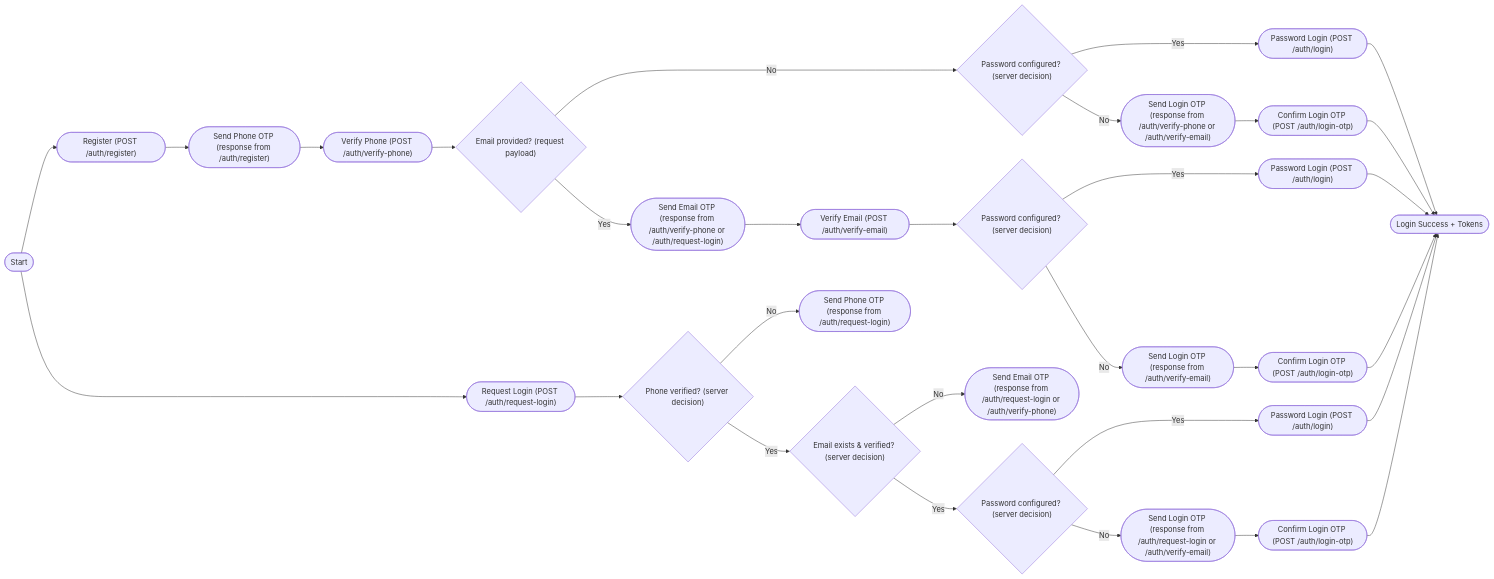
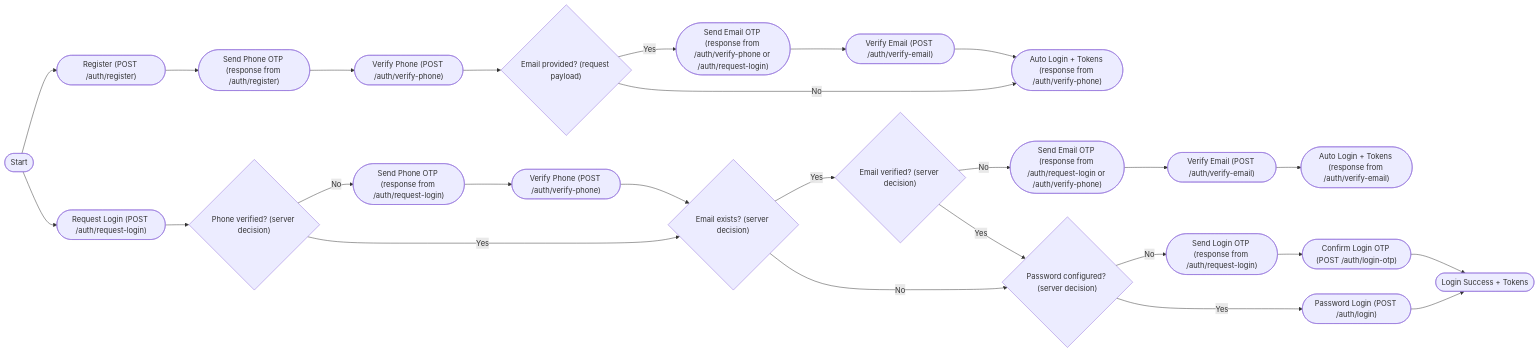
Before and after one commit to HK-Soln/biztrack-cm: the second of 2 diagrams in docs/auth-flow.md, drawn with Mermaid. The commit also changed other lines of this file and 114 other files, not shown here.

First line of the commit message:
feat(auth,invites): add staff invite flow, i18n errors, and update migration chain

````diff
--- a/docs/auth-flow.md
+++ b/docs/auth-flow.md
@@ -43,33 +81,29 @@
 ```mermaid
 flowchart LR
   start(["Start"]) --> reg(["Register (POST /auth/register)"])
   reg --> sendPhone(["Send Phone OTP (response from /auth/register)"])
   sendPhone --> verifyPhone(["Verify Phone (POST /auth/verify-phone)"])
   verifyPhone --> emailProvided{"Email provided? (request payload)"}
-  emailProvided -->|"No"| pwConfigured1{"Password configured? (server decision)"}
+  emailProvided -->|"No"| autoLogin1(["Auto Login + Tokens (response from /auth/verify-phone)"])
   emailProvided -->|"Yes"| sendEmail(["Send Email OTP (response from /auth/verify-phone or /auth/request-login)"])
   sendEmail --> verifyEmail(["Verify Email (POST /auth/verify-email)"])
-  verifyEmail --> pwConfigured2{"Password configured? (server decision)"}
-  pwConfigured1 -->|"Yes"| passwordLogin1(["Password Login (POST /auth/login)"])
-  pwConfigured1 -->|"No"| sendLoginOtp1(["Send Login OTP (response from /auth/verify-phone or /auth/verify-email)"])
-  pwConfigured2 -->|"Yes"| passwordLogin2(["Password Login (POST /auth/login)"])
-  pwConfigured2 -->|"No"| sendLoginOtp2(["Send Login OTP (response from /auth/verify-email)"])
-  sendLoginOtp1 --> verifyLoginOtp1(["Confirm Login OTP (POST /auth/login-otp)"])
-  sendLoginOtp2 --> verifyLoginOtp2(["Confirm Login OTP (POST /auth/login-otp)"])
-  passwordLogin1 --> loginSuccess(["Login Success + Tokens"])
-  passwordLogin2 --> loginSuccess
-  verifyLoginOtp1 --> loginSuccess
-  verifyLoginOtp2 --> loginSuccess
+  verifyEmail --> autoLogin1
 
   start --> requestLogin(["Request Login (POST /auth/request-login)"])
   requestLogin --> phoneVerified{"Phone verified? (server decision)"}
   phoneVerified -->|"No"| sendPhoneLogin(["Send Phone OTP (response from /auth/request-login)"])
-  phoneVerified -->|"Yes"| emailVerified{"Email exists & verified? (server decision)"}
-  emailVerified -->|"No"| sendEmailLogin(["Send Email OTP (response from /auth/request-login or /auth/verify-phone)"])
-  emailVerified -->|"Yes"| pwConfigured3{"Password configured? (server decision)"}
+  sendPhoneLogin --> verifyPhoneLogin(["Verify Phone (POST /auth/verify-phone)"])
+  phoneVerified -->|"Yes"| emailExists1{"Email exists? (server decision)"}
+  verifyPhoneLogin --> emailExists1
+  emailExists1 -->|"No"| pwConfigured3{"Password configured? (server decision)"}
+  emailExists1 -->|"Yes"| emailVerified1{"Email verified? (server decision)"}
+  emailVerified1 -->|"No"| sendEmailLogin(["Send Email OTP (response from /auth/request-login or /auth/verify-phone)"])
+  emailVerified1 -->|"Yes"| pwConfigured3
+  sendEmailLogin --> verifyEmailLogin(["Verify Email (POST /auth/verify-email)"])
+  verifyEmailLogin --> autoLogin2(["Auto Login + Tokens (response from /auth/verify-email)"])
   pwConfigured3 -->|"Yes"| passwordLogin3(["Password Login (POST /auth/login)"])
-  pwConfigured3 -->|"No"| sendLoginOtp3(["Send Login OTP (response from /auth/request-login or /auth/verify-email)"])
+  pwConfigured3 -->|"No"| sendLoginOtp3(["Send Login OTP (response from /auth/request-login)"])
   sendLoginOtp3 --> verifyLoginOtp3(["Confirm Login OTP (POST /auth/login-otp)"])
-  passwordLogin3 --> loginSuccess
+  passwordLogin3 --> loginSuccess(["Login Success + Tokens"])
   verifyLoginOtp3 --> loginSuccess
 ```
````
